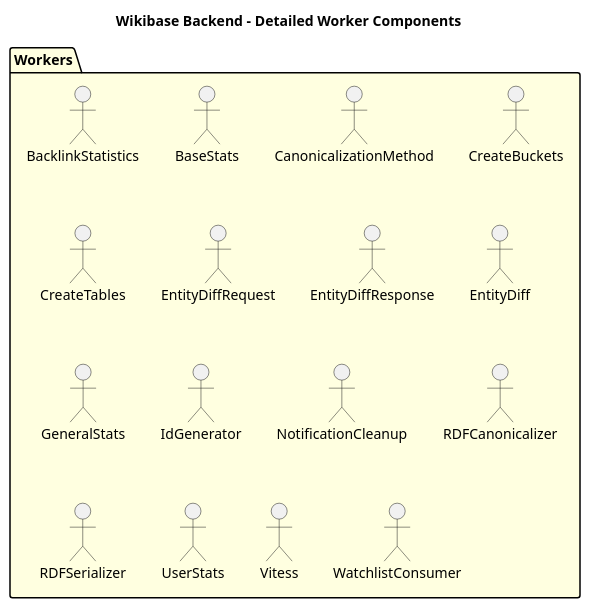
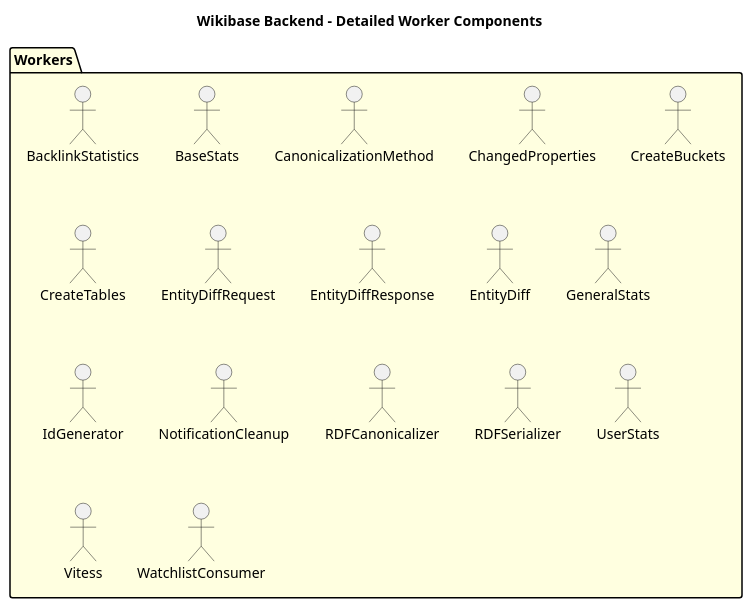
The diagram in doc/DIAGRAMS/detailed_worker_components.puml (dpriskorn/entitybase-backend), drawn with PlantUML before and after one commit. The commit also changed 59 other files, not shown here.

```diff
--- a/doc/DIAGRAMS/detailed_worker_components.puml
+++ b/doc/DIAGRAMS/detailed_worker_components.puml
@@ -1,24 +1,25 @@
 @startuml Detailed Worker Components
 
 title Wikibase Backend - Detailed Worker Components
 
 package "Workers" as Workers #LightYellow {
     "BacklinkStatistics" as BacklinkStatisticsWorker
     "BaseStats" as BaseStatsWorker
     "CanonicalizationMethod" as CanonicalizationMethod
+    "ChangedProperties" as ChangedProperties
     "CreateBuckets" as CreateBuckets
     "CreateTables" as CreateTables
     "EntityDiffRequest" as EntityDiffRequest
     "EntityDiffResponse" as EntityDiffResponse
     "EntityDiff" as EntityDiffWorker
     "GeneralStats" as GeneralStatsWorker
     "IdGenerator" as IdGeneratorWorker
     "NotificationCleanup" as NotificationCleanupWorker
     "RDFCanonicalizer" as RDFCanonicalizer
     "RDFSerializer" as RDFSerializer
     "UserStats" as UserStatsWorker
     "Vitess" as VitessWorker
     "WatchlistConsumer" as WatchlistConsumerWorker
 }
 
 @enduml
```
